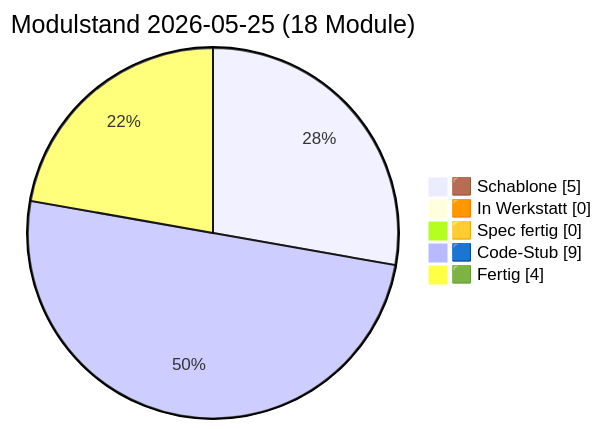
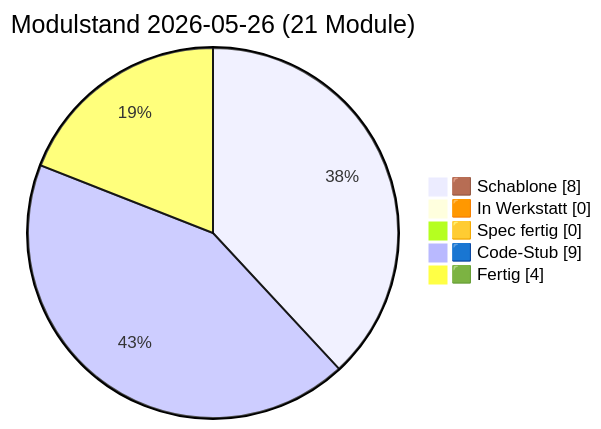
The diagram in docs/PULS.md (lausiklauskn-png/Sage-Protokol), drawn with Mermaid before and after one commit. The commit also changed other lines of this file and 14 other files, not shown here.

````diff
--- a/docs/PULS.md
+++ b/docs/PULS.md
@@ -21,9 +21,9 @@
 ```mermaid
 pie showData
-  title Modulstand 2026-05-25 (18 Module)
-  "🟫 Schablone" : 5
+  title Modulstand 2026-05-26 (21 Module)
+  "🟫 Schablone" : 8
   "🟧 In Werkstatt" : 0
   "🟨 Spec fertig" : 0
   "🟦 Code-Stub" : 9
   "🟩 Fertig" : 4
 ```
````
